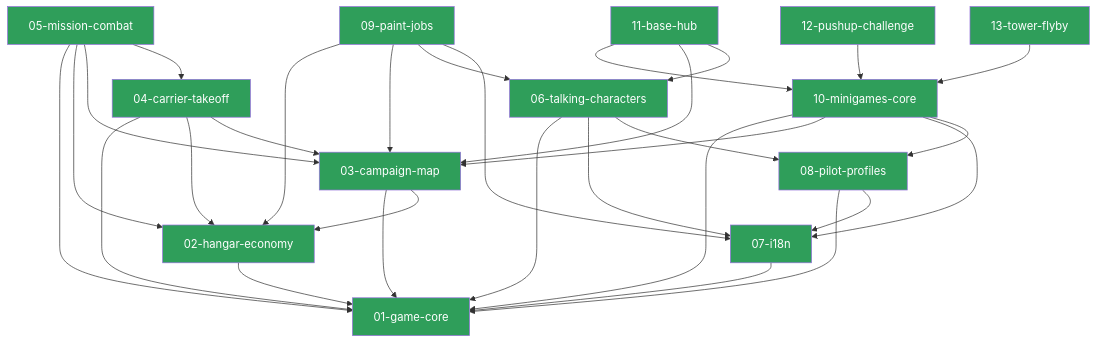
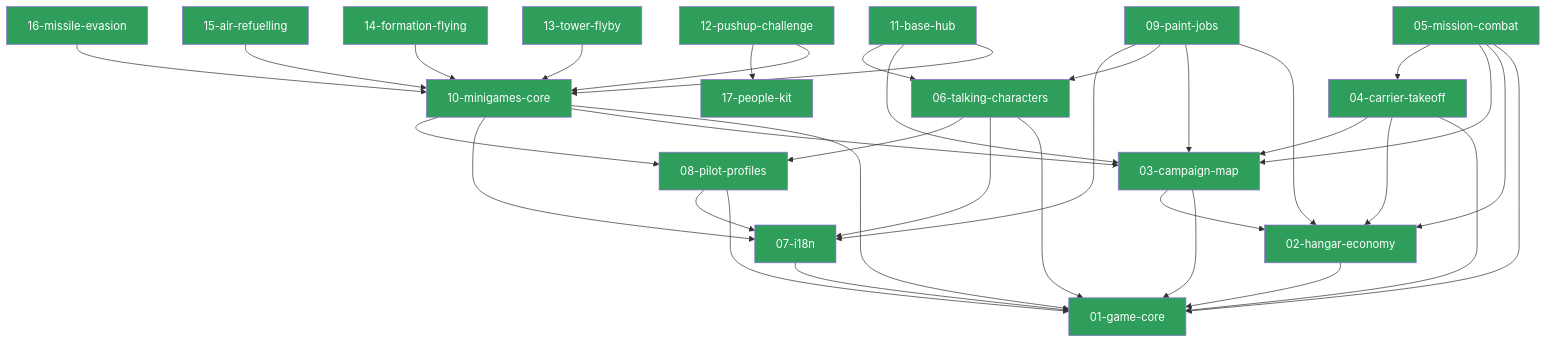
The diagram in .mdd/connections.md (JanderHungrige/TopRun), drawn with Mermaid before and after one commit. The commit also changed other lines of this file and 70 other files, not shown here.

First line of the commit message:
feat(minigames): wave 2 — Formation Flying, Air Refuelling, Missile Evasion; realistic people

````diff
--- a/.mdd/connections.md
+++ b/.mdd/connections.md
@@ -34,49 +38,57 @@
 ```mermaid
 graph TD
   core[01-game-core]:::complete
   hangar[02-hangar-economy]:::complete
   map[03-campaign-map]:::complete
   takeoff[04-carrier-takeoff]:::complete
   mission[05-mission-combat]:::complete
   chars[06-talking-characters]:::complete
   i18n[07-i18n]:::complete
   pilots[08-pilot-profiles]:::complete
   paint[09-paint-jobs]:::complete
   mgcore[10-minigames-core]:::complete
   hub[11-base-hub]:::complete
   pushups[12-pushup-challenge]:::complete
   flyby[13-tower-flyby]:::complete
+  formation[14-formation-flying]:::complete
+  refuel[15-air-refuelling]:::complete
+  evasion[16-missile-evasion]:::complete
+  people[17-people-kit]:::complete
   hangar --> core
   map --> core
   map --> hangar
   takeoff --> core
   takeoff --> hangar
   takeoff --> map
   mission --> core
   mission --> hangar
   mission --> map
   mission --> takeoff
   chars --> core
   chars --> i18n
   chars --> pilots
   i18n --> core
   pilots --> core
   pilots --> i18n
   paint --> hangar
   paint --> map
   paint --> chars
   paint --> i18n
   mgcore --> core
   mgcore --> map
   mgcore --> i18n
   mgcore --> pilots
   hub --> mgcore
   hub --> map
   hub --> chars
   pushups --> mgcore
   flyby --> mgcore
+  formation --> mgcore
+  refuel --> mgcore
+  evasion --> mgcore
+  pushups --> people
   classDef complete fill:#2f9e5a,color:#fff
   classDef in_progress fill:#d39b1f,color:#000
   classDef draft fill:#5c6f82,color:#fff
   classDef deprecated fill:#333,color:#aaa
 ```
````
